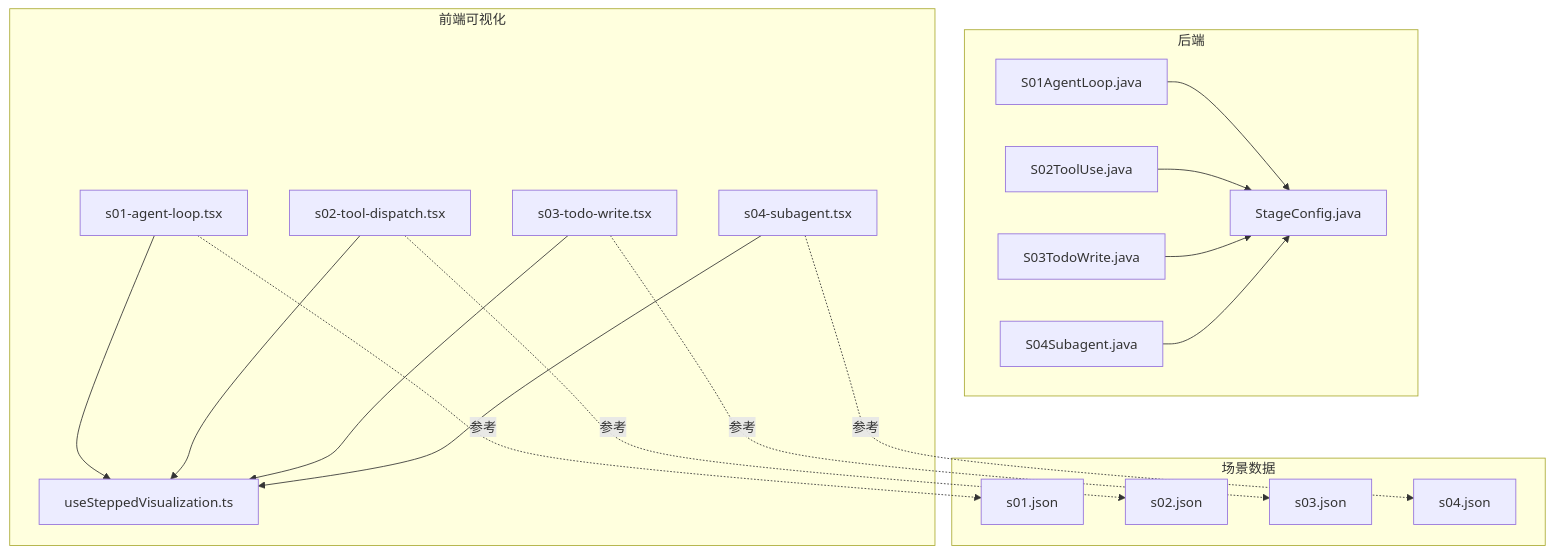
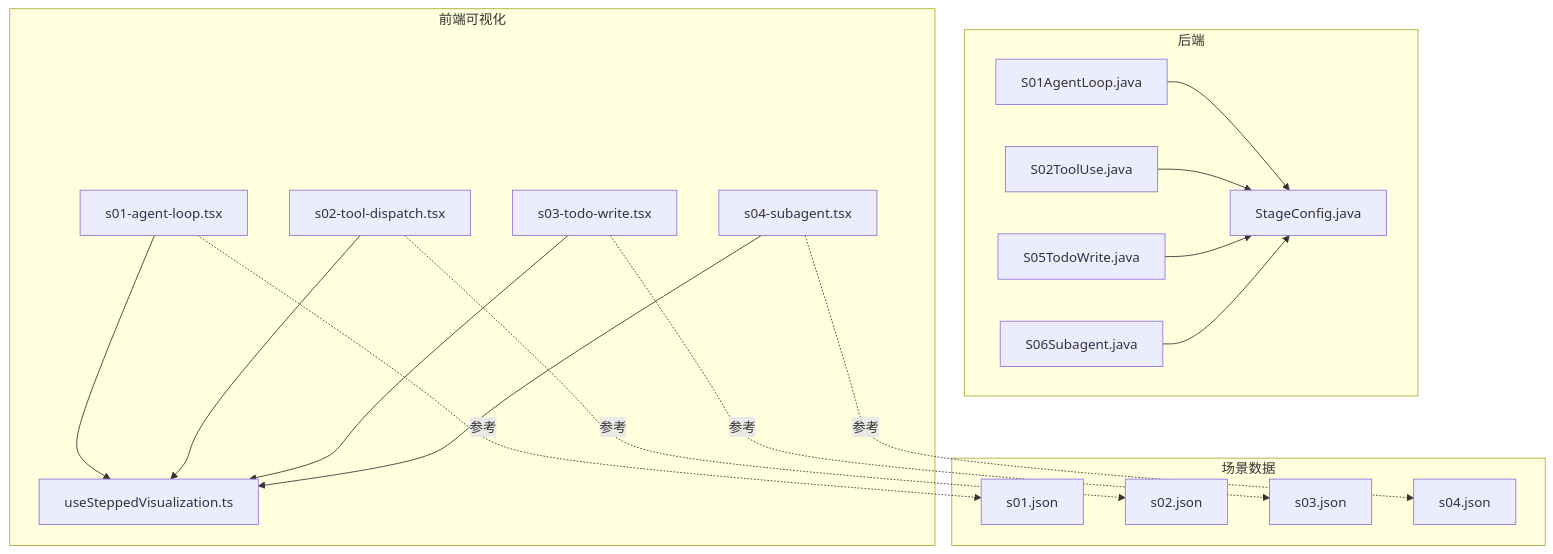
The first of 7 diagrams in .qoder/repowiki/zh/content/前端可视化系统/可视化组件系统/阶段专用可视化组件/基础阶段可视化 (S01-S04).md (chenlds1994/learn-claude-code-java), drawn with Mermaid before and after one commit. The commit also changed other lines of this file and 143 other files, not shown here.

First line of the commit message:
更新 repowiki 与 drawio 教程图至 17 阶段结构

````diff
--- a/.qoder/repowiki/zh/content/前端可视化系统/可视化组件系统/阶段专用可视化组件/基础阶段可视化 (S01-S04).md
+++ b/.qoder/repowiki/zh/content/前端可视化系统/可视化组件系统/阶段专用可视化组件/基础阶段可视化 (S01-S04).md
@@ -38,30 +38,30 @@
 ```mermaid
 graph TB
 subgraph "后端"
 A["S01AgentLoop.java"] --> C["StageConfig.java"]
 B["S02ToolUse.java"] --> C
-D["S03TodoWrite.java"] --> C
-E["S04Subagent.java"] --> C
+D["S05TodoWrite.java"] --> C
+E["S06Subagent.java"] --> C
 end
 subgraph "前端可视化"
 V1["s01-agent-loop.tsx"]
 V2["s02-tool-dispatch.tsx"]
 V3["s03-todo-write.tsx"]
 V4["s04-subagent.tsx"]
 H["useSteppedVisualization.ts"]
 end
 subgraph "场景数据"
 S1["s01.json"]
 S2["s02.json"]
 S3["s03.json"]
 S4["s04.json"]
 end
 V1 --> H
 V2 --> H
 V3 --> H
 V4 --> H
 V1 -.参考.-> S1
 V2 -.参考.-> S2
 V3 -.参考.-> S3
 V4 -.参考.-> S4
 ```
````
